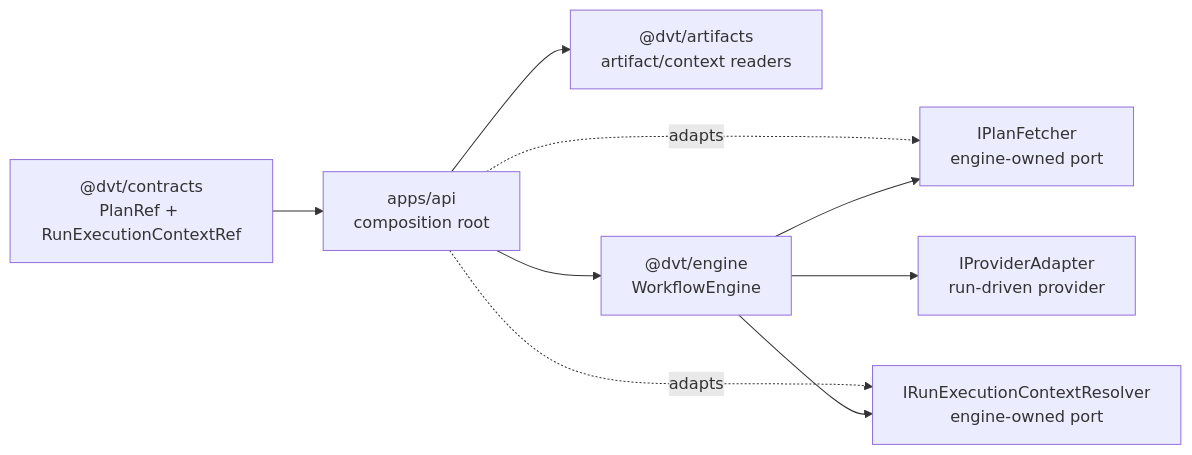
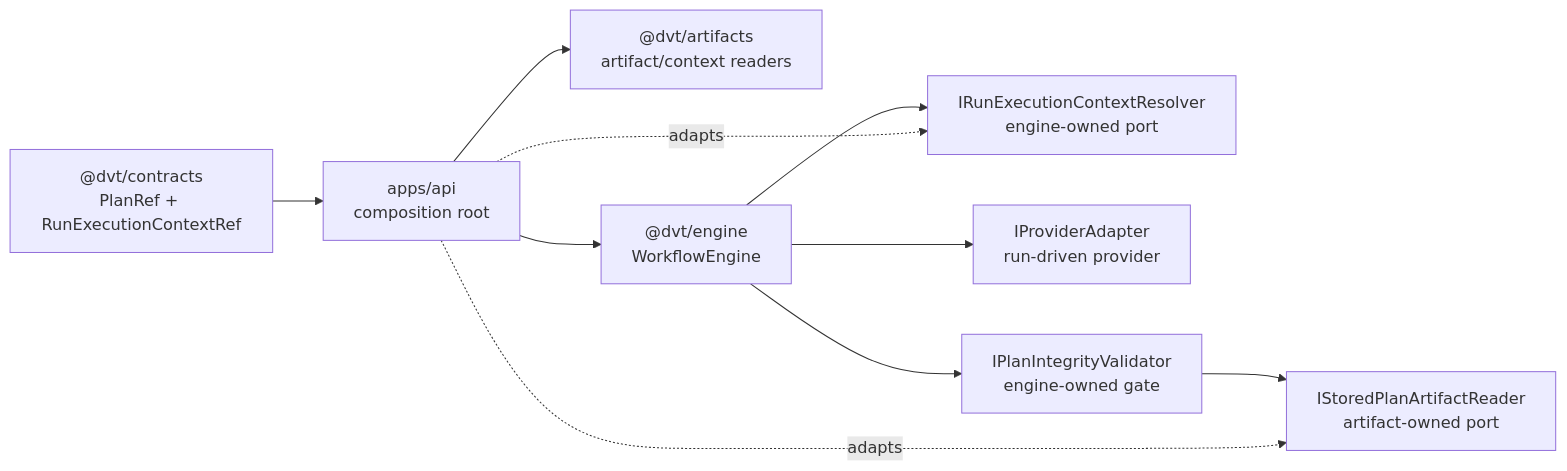
The first of 2 diagrams in docs/architecture/components/engine/architecture/workflow-engine-boundary-ownership-component.md (dunay2/dvt), drawn with Mermaid before and after one commit. The commit also changed other lines of this file and 32 other files, not shown here.

````diff
--- a/docs/architecture/components/engine/architecture/workflow-engine-boundary-ownership-component.md
+++ b/docs/architecture/components/engine/architecture/workflow-engine-boundary-ownership-component.md
@@ -75,19 +79,20 @@
 ```mermaid
 flowchart LR
   Contracts["@dvt/contracts<br/>PlanRef + RunExecutionContextRef"]
   Api["apps/api<br/>composition root"]
   Artifacts["@dvt/artifacts<br/>artifact/context readers"]
   Engine["@dvt/engine<br/>WorkflowEngine"]
-  PlanPort["IPlanFetcher<br/>engine-owned port"]
+  PlanPort["IStoredPlanArtifactReader<br/>artifact-owned port"]
   ContextPort["IRunExecutionContextResolver<br/>engine-owned port"]
   Adapter["IProviderAdapter<br/>run-driven provider"]
 
   Contracts --> Api
   Api --> Engine
   Api --> Artifacts
-  Engine --> PlanPort
+  Engine --> Validator["IPlanIntegrityValidator<br/>engine-owned gate"]
+  Validator --> PlanPort
   Engine --> ContextPort
   Api -. adapts .-> PlanPort
   Api -. adapts .-> ContextPort
   Engine --> Adapter
 ```
````
